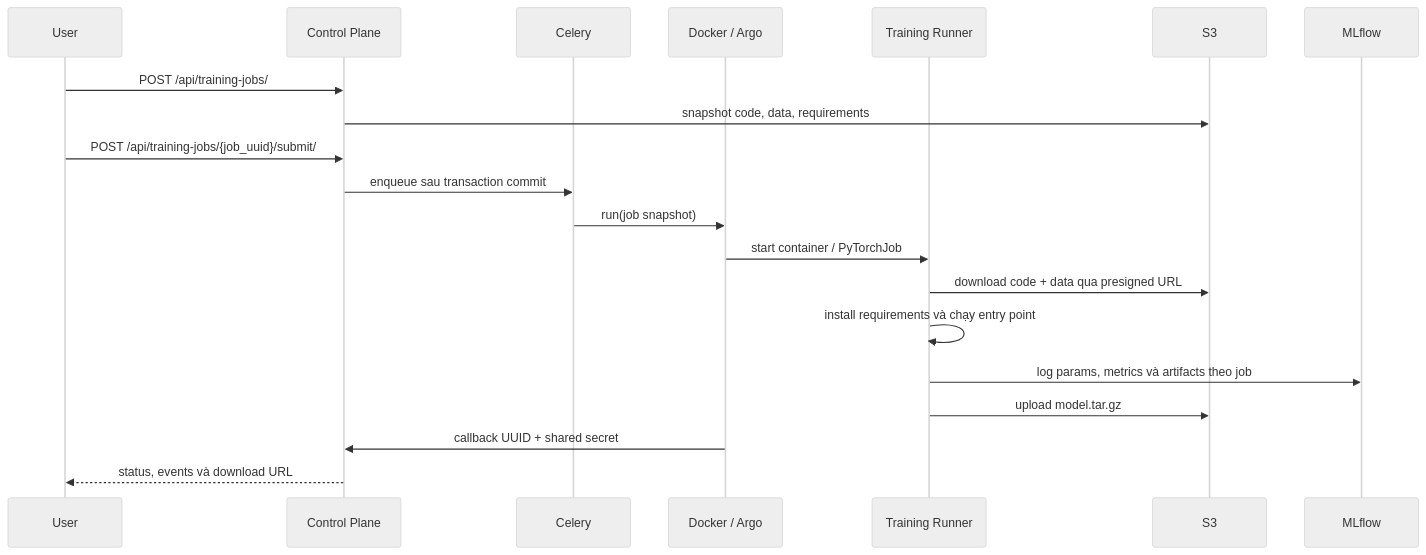
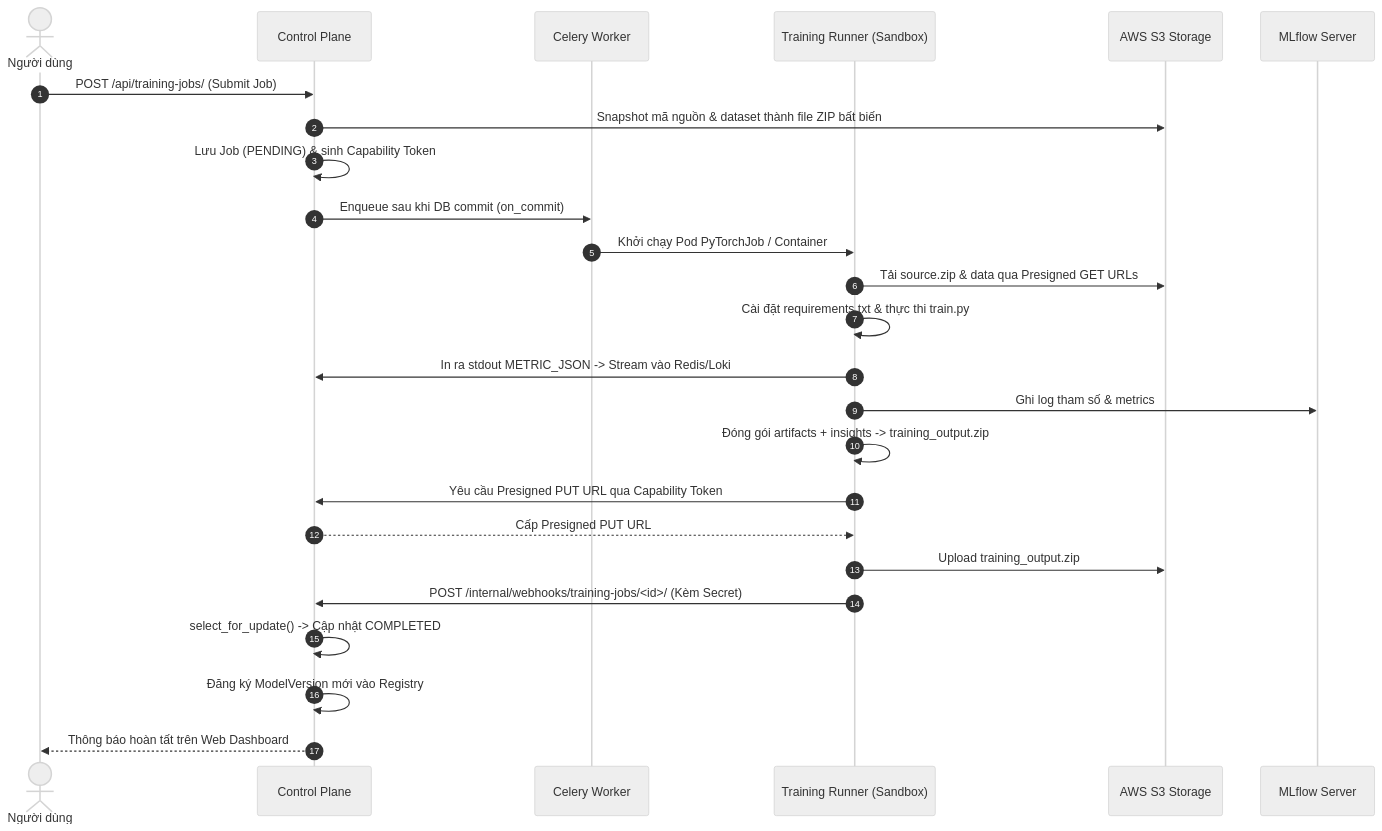
One commit to Viet-Hoang-2005/MLOps-paas-system changed the sixth of 8 diagrams in ARCHITECTURE.md. Above: the diagram before and after it, drawn with Mermaid (neutral theme). The commit also changed other lines of this file and 43 other files, not shown here.

Commit message:
docs: Update all documentation and skills to align with the system architecture

````diff
--- a/ARCHITECTURE.md
+++ b/ARCHITECTURE.md
@@ -158,23 +315,28 @@
 ```mermaid
 sequenceDiagram
-    participant User
+    autonumber
+    actor User as Người dùng
     participant CP as Control Plane
-    participant Celery
-    participant Backend as Docker / Argo
-    participant Runner as Training Runner
-    participant S3
-    participant MLflow
+    participant Celery as Celery Worker
+    participant Runner as Training Runner (Sandbox)
+    participant S3 as AWS S3 Storage
+    participant MLflow as MLflow Server
 
-    User->>CP: POST /api/training-jobs/
-    CP->>S3: snapshot code, data, requirements
-    User->>CP: POST /api/training-jobs/{job_uuid}/submit/
-    CP->>Celery: enqueue sau transaction commit
-    Celery->>Backend: run(job snapshot)
-    Backend->>Runner: start container / PyTorchJob
-    Runner->>S3: download code + data qua presigned URL
-    Runner->>Runner: install requirements và chạy entry point
-    Runner->>MLflow: log params, metrics và artifacts theo job
-    Runner->>S3: upload model.tar.gz
-    Backend->>CP: callback UUID + shared secret
-    CP-->>User: status, events và download URL
+    User->>CP: POST /api/training-jobs/ (Submit Job)
+    CP->>S3: Snapshot mã nguồn & dataset thành file ZIP bất biến
+    CP->>CP: Lưu Job (PENDING) & sinh Capability Token
+    CP->>Celery: Enqueue sau khi DB commit (on_commit)
+    Celery->>Runner: Khởi chạy Pod PyTorchJob / Container
+    Runner->>S3: Tải source.zip & data qua Presigned GET URLs
+    Runner->>Runner: Cài đặt requirements.txt & thực thi train.py
+    Runner->>CP: In ra stdout METRIC_JSON -> Stream vào Redis/Loki
+    Runner->>MLflow: Ghi log tham số & metrics
+    Runner->>Runner: Đóng gói artifacts + insights -> training_output.zip
+    Runner->>CP: Yêu cầu Presigned PUT URL qua Capability Token
+    CP-->>Runner: Cấp Presigned PUT URL
+    Runner->>S3: Upload training_output.zip
+    Runner->>CP: POST /internal/webhooks/training-jobs/<id>/ (Kèm Secret)
+    CP->>CP: select_for_update() -> Cập nhật COMPLETED
+    CP->>CP: Đăng ký ModelVersion mới vào Registry
+    CP-->>User: Thông báo hoàn tất trên Web Dashboard
 ```
````
